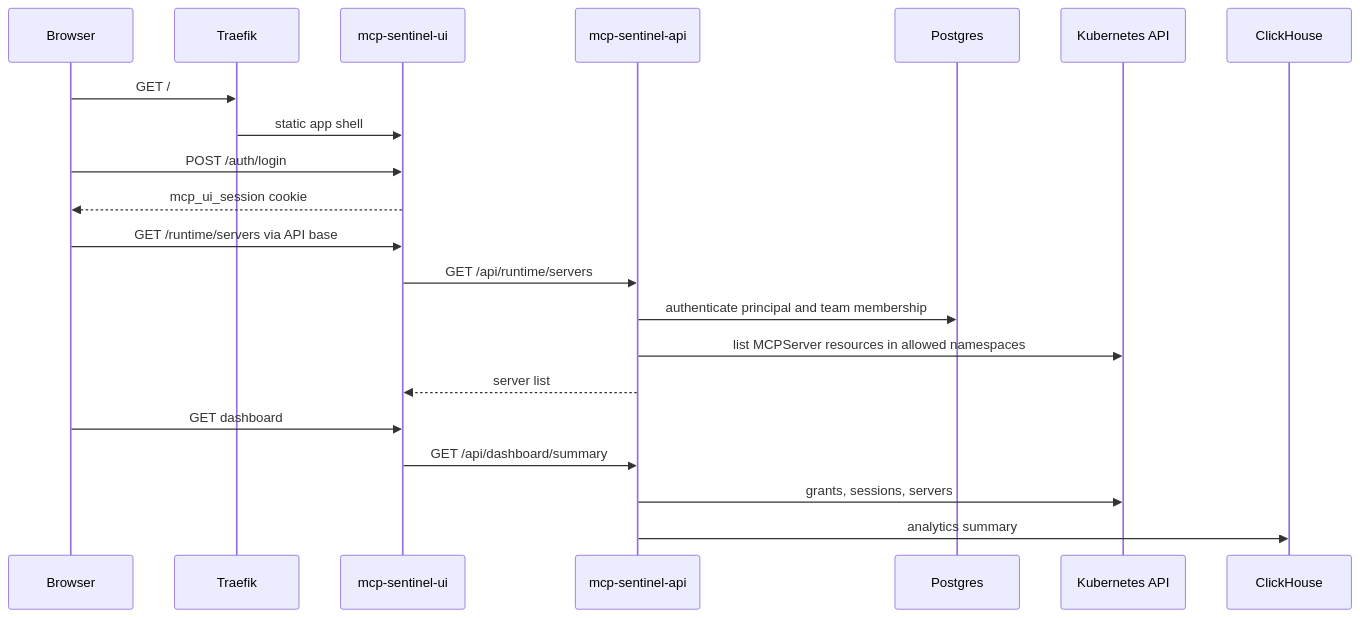
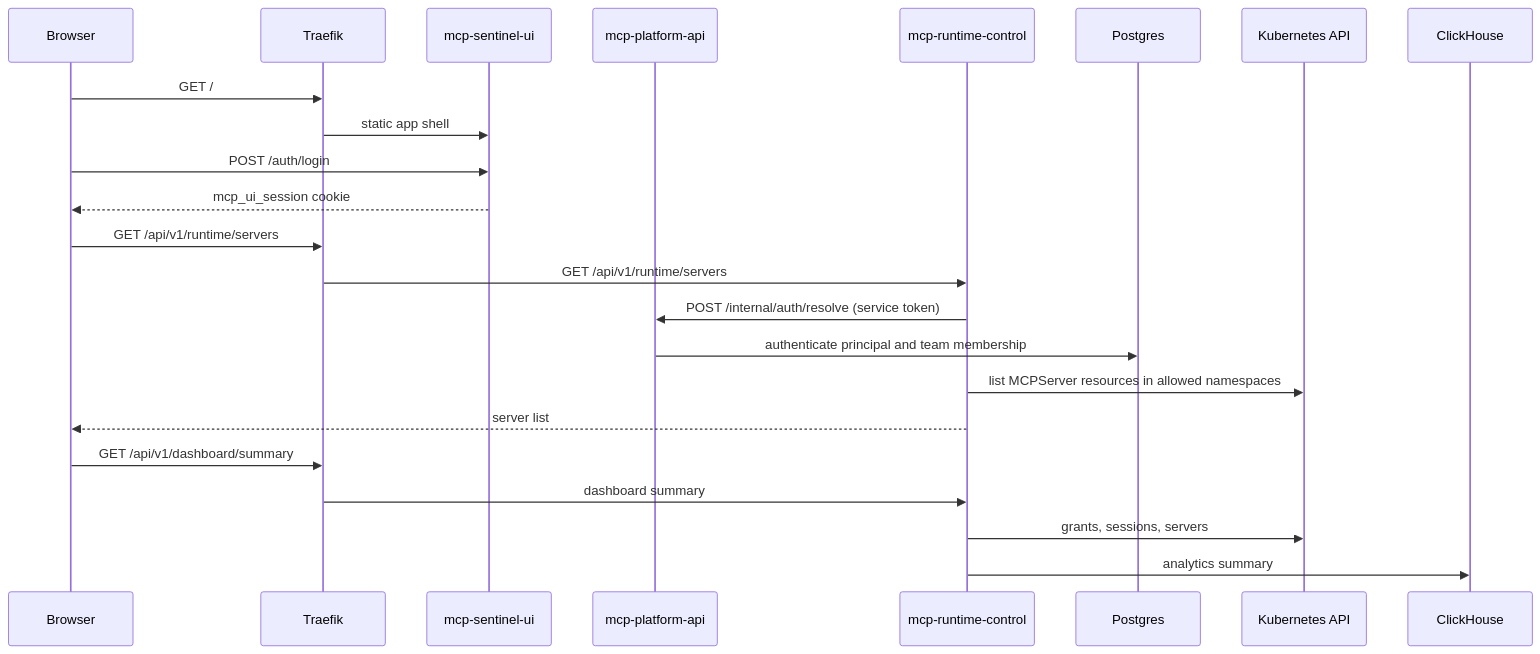
The fifth of 9 diagrams in docs/internals/request-flows.md (Agent-Hellboy/mcp-runtime), drawn with Mermaid before and after one commit. The commit also changed other lines of this file and 16 other files, not shown here.

First line of the commit message:
feat(api-split): complete M3.2 OpenAPI tests and post-cutover docs

````diff
--- a/docs/internals/request-flows.md
+++ b/docs/internals/request-flows.md
@@ -154,24 +154,26 @@
 ```mermaid
 sequenceDiagram
     participant Browser
     participant Ingress as Traefik
     participant UI as mcp-sentinel-ui
-    participant API as mcp-sentinel-api
+    participant Platform as mcp-platform-api
+    participant Runtime as mcp-runtime-control
     participant DB as Postgres
     participant K8s as Kubernetes API
     participant Store as ClickHouse
 
     Browser->>Ingress: GET /
     Ingress->>UI: static app shell
     Browser->>UI: POST /auth/login
     UI-->>Browser: mcp_ui_session cookie
-    Browser->>UI: GET /runtime/servers via API base
-    UI->>API: GET /api/runtime/servers
-    API->>DB: authenticate principal and team membership
-    API->>K8s: list MCPServer resources in allowed namespaces
-    API-->>UI: server list
-    Browser->>UI: GET dashboard
-    UI->>API: GET /api/dashboard/summary
-    API->>K8s: grants, sessions, servers
-    API->>Store: analytics summary
+    Browser->>Ingress: GET /api/v1/runtime/servers
+    Ingress->>Runtime: GET /api/v1/runtime/servers
+    Runtime->>Platform: POST /internal/auth/resolve (service token)
+    Platform->>DB: authenticate principal and team membership
+    Runtime->>K8s: list MCPServer resources in allowed namespaces
+    Runtime-->>Browser: server list
+    Browser->>Ingress: GET /api/v1/dashboard/summary
+    Ingress->>Runtime: dashboard summary
+    Runtime->>K8s: grants, sessions, servers
+    Runtime->>Store: analytics summary
 ```
````
